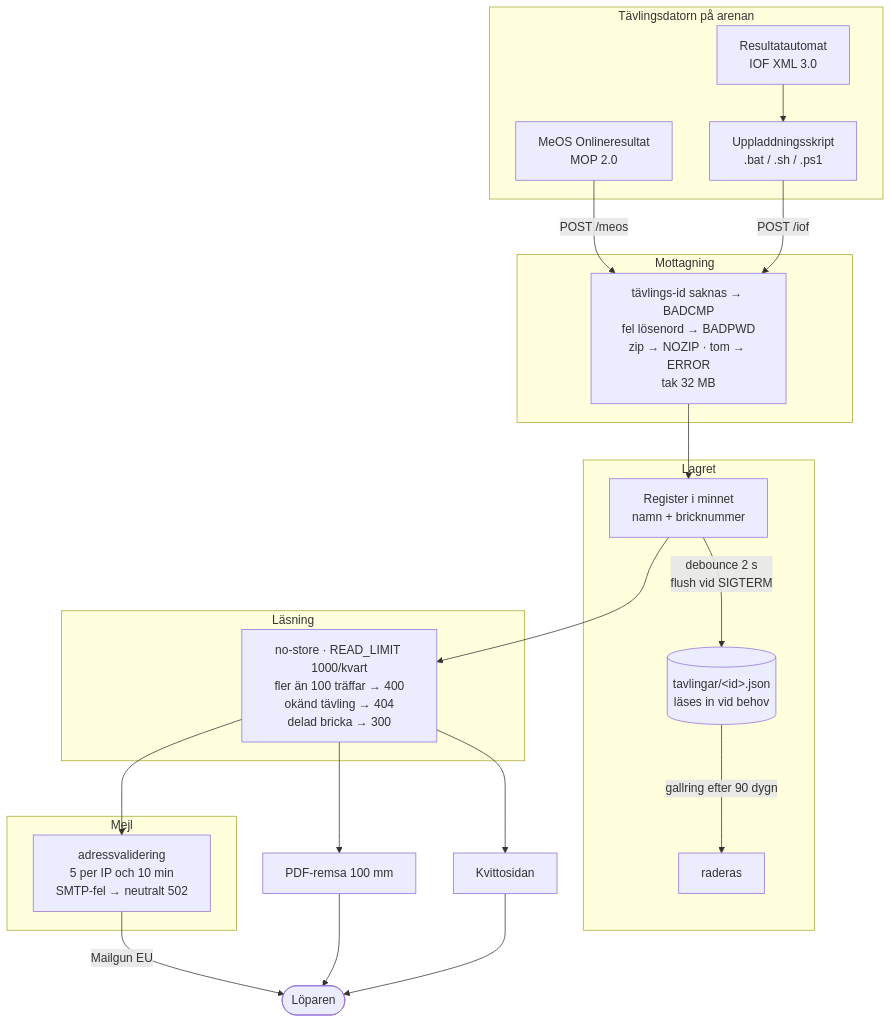
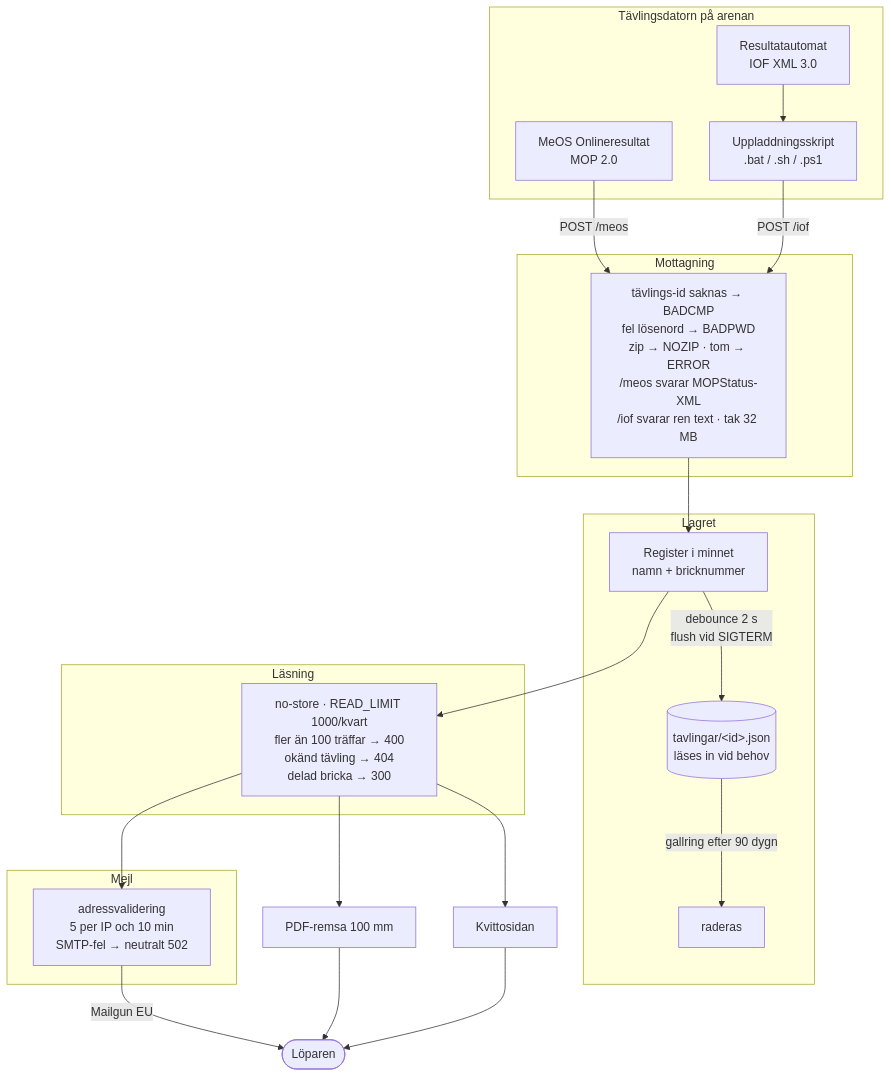
One commit to mattias242/meos-receipt changed the first of 3 diagrams in docs/systemritning.md. Above: the diagram before and after it, drawn with Mermaid. The commit also changed other lines of this file and 22 other files, not shown here.

First line of the commit message:
KRAV-1: svara MOPStatus-XML så att hela tävlingen kommer fram

````diff
--- a/docs/systemritning.md
+++ b/docs/systemritning.md
@@ -12,43 +12,43 @@
 ```mermaid
 flowchart TB
   subgraph DATOR["Tävlingsdatorn på arenan"]
     MEOS["MeOS Onlineresultat<br/>MOP 2.0"]
     AUTO["Resultatautomat<br/>IOF XML 3.0"]
     SKRIPT["Uppladdningsskript<br/>.bat / .sh / .ps1"]
   end
 
   AUTO --> SKRIPT
   MEOS -->|"POST /meos"| G1
   SKRIPT -->|"POST /iof"| G1
 
   subgraph MOTTAG["Mottagning"]
-    G1["tävlings-id saknas → BADCMP<br/>fel lösenord → BADPWD<br/>zip → NOZIP · tom → ERROR<br/>tak 32 MB"]
+    G1["tävlings-id saknas → BADCMP<br/>fel lösenord → BADPWD<br/>zip → NOZIP · tom → ERROR<br/>/meos svarar MOPStatus-XML<br/>/iof svarar ren text · tak 32 MB"]
   end
 
   G1 --> STORE
 
   subgraph LAGER["Lagret"]
     STORE["Register i minnet<br/>namn + bricknummer"]
     DISK[("tavlingar/&lt;id&gt;.json<br/>läses in vid behov")]
     STORE -->|"debounce 2 s<br/>flush vid SIGTERM"| DISK
     DISK -->|"gallring efter 90 dygn"| BORT["raderas"]
   end
 
   STORE --> G2
 
   subgraph LAS["Läsning"]
     G2["no-store · READ_LIMIT 1000/kvart<br/>fler än 100 träffar → 400<br/>okänd tävling → 404<br/>delad bricka → 300"]
   end
 
   G2 --> SIDA["Kvittosidan"]
   G2 --> PDF["PDF-remsa 100 mm"]
   G2 --> MEJL
 
   subgraph UTSKICK["Mejl"]
     MEJL["adressvalidering<br/>5 per IP och 10 min<br/>SMTP-fel → neutralt 502"]
   end
 
   SIDA --> LOPARE(["Löparen"])
   PDF --> LOPARE
   MEJL -->|"Mailgun EU"| LOPARE
 ```
````
